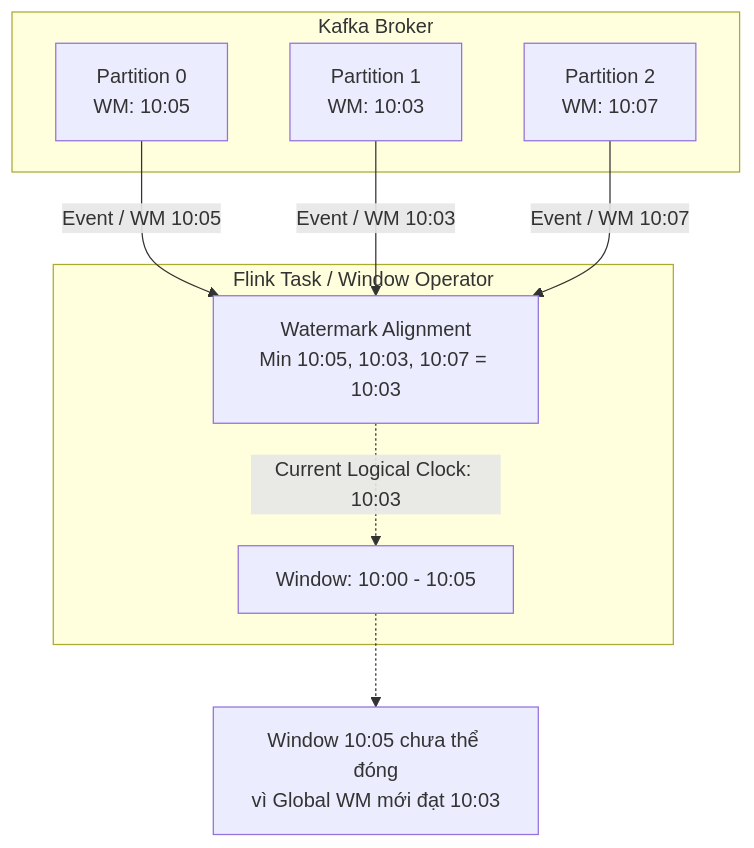
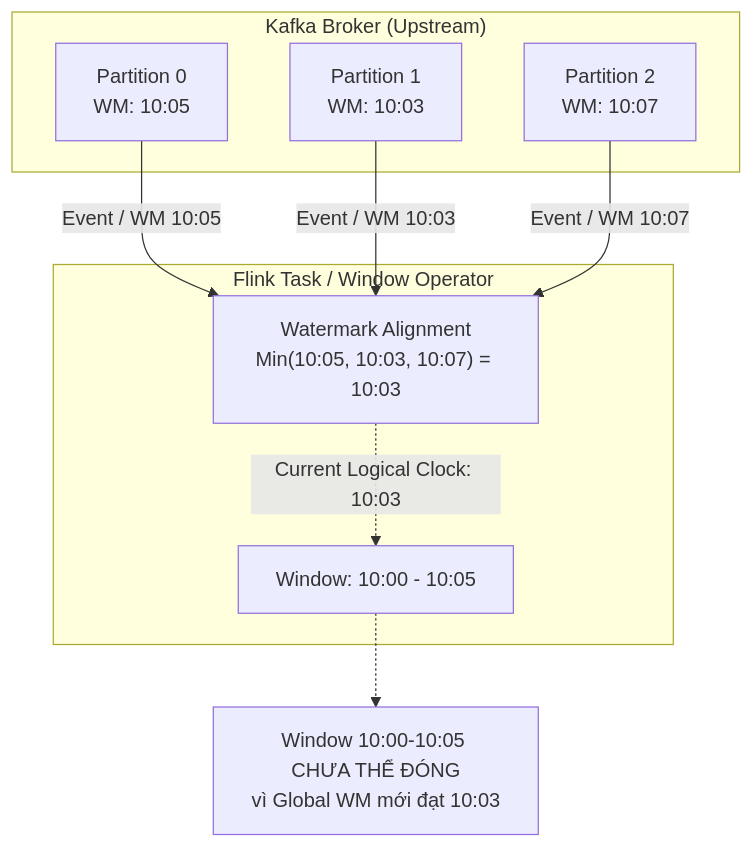
One commit to kythuatdulieu/kythuatdulieu.github.io changed the first of 2 diagrams in src/content/docs/concepts/5-stream-processing-realtime/flink-watermarks-late-data.md. Above: the diagram before and after it, drawn with Mermaid. The commit also changed other lines of this file and 213 other files, not shown here.

Commit message:
Fix syntax and rewrite 200+ concepts docs to deep-dive system architecture and add GA4 tracking to quiz app

````diff
--- a/src/content/docs/concepts/5-stream-processing-realtime/flink-watermarks-late-data.md
+++ b/src/content/docs/concepts/5-stream-processing-realtime/flink-watermarks-late-data.md
@@ -44,21 +49,21 @@
 ```mermaid
 graph TD
-    subgraph Kafka Partitions["Kafka Broker"]
+    subgraph Kafka Partitions["Kafka Broker (Upstream)"]
         P0["Partition 0<br/>WM: 10:05"]
         P1["Partition 1<br/>WM: 10:03"]
         P2["Partition 2<br/>WM: 10:07"]
     end
 
     subgraph Flink Window Operator["Flink Task / Window Operator"]
-        Align["Watermark Alignment<br/>Min 10:05, 10:03, 10:07 = 10:03"]
+        Align["Watermark Alignment<br/>Min(10:05, 10:03, 10:07) = 10:03"]
         W["Window: 10:00 - 10:05"]
     end
 
     P0 -->|Event / WM 10:05| Align
     P1 -->|Event / WM 10:03| Align
     P2 -->|Event / WM 10:07| Align
     
     Align -.-> |Current Logical Clock: 10:03| W
-    note["Window 10:05 chưa thể đóng<br/>vì Global WM mới đạt 10:03"]
+    note["Window 10:00-10:05 CHƯA THỂ ĐÓNG<br/>vì Global WM mới đạt 10:03"]
     W -.-> note
 ```
````
